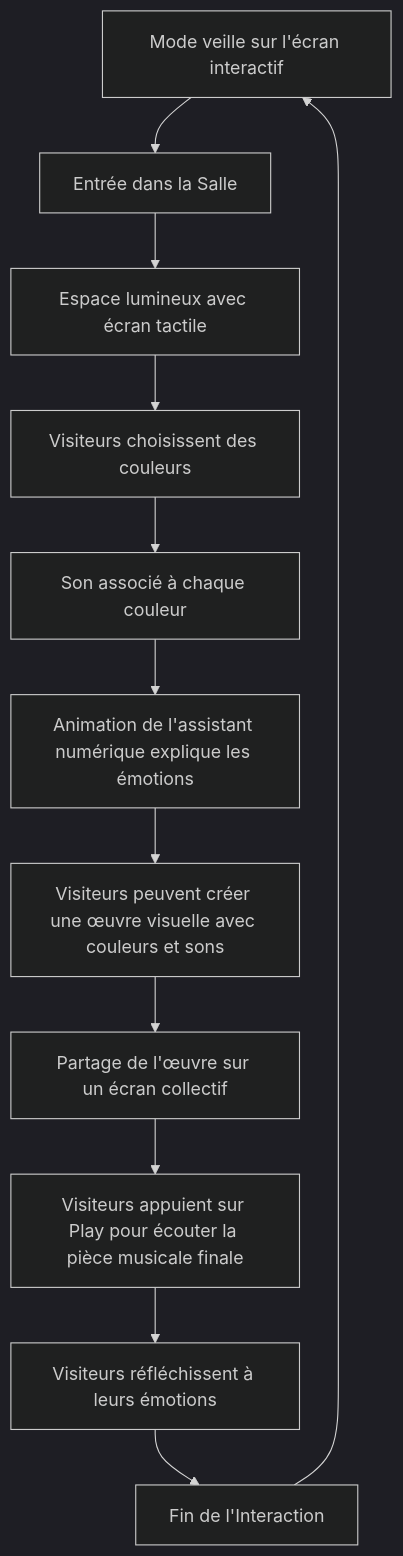
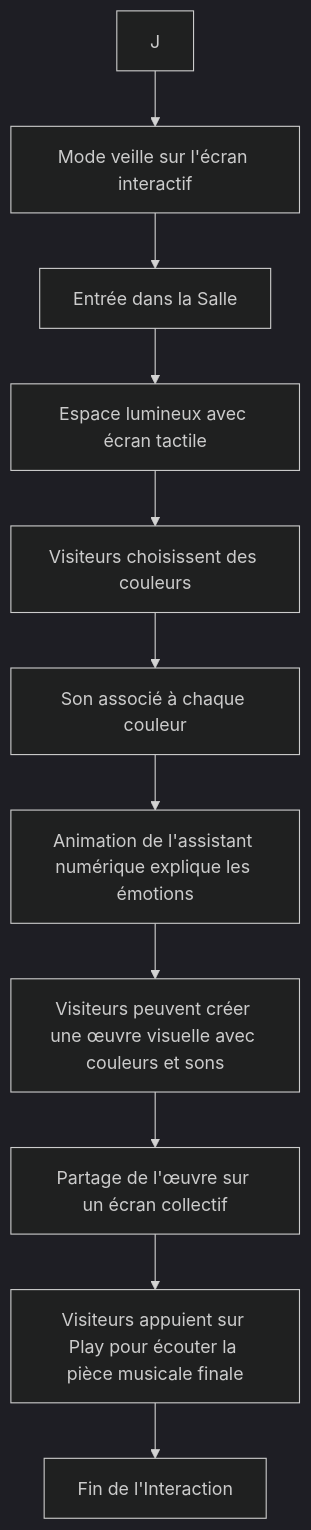
Before and after one commit to TristanKhadka11/EF-3: the diagram in README.md, drawn with Mermaid (dark theme).

````diff
--- a/README.md
+++ b/README.md
@@ -22,18 +22,17 @@
 ```mermaid
 
 graph TD
     A[Mode veille sur l'écran interactif] --> B[Entrée dans la Salle]
     B --> C[Espace lumineux avec écran tactile]
     C --> D[Visiteurs choisissent des couleurs]
     D --> E[Son associé à chaque couleur]
     E --> F[Animation de l'assistant numérique explique les émotions]
     
     F --> G[Visiteurs peuvent créer une œuvre visuelle avec couleurs et sons]
     G --> H[Partage de l'œuvre sur un écran collectif]
     H --> I[Visiteurs appuient sur Play pour écouter la pièce musicale finale]
-    
-    I --> J[Visiteurs réfléchissent à leurs émotions]
-    J --> K[Fin de l'Interaction]
-    K --> A
+
+    I --> K[Fin de l'Interaction]
+    J --> A
 
 ```
````
